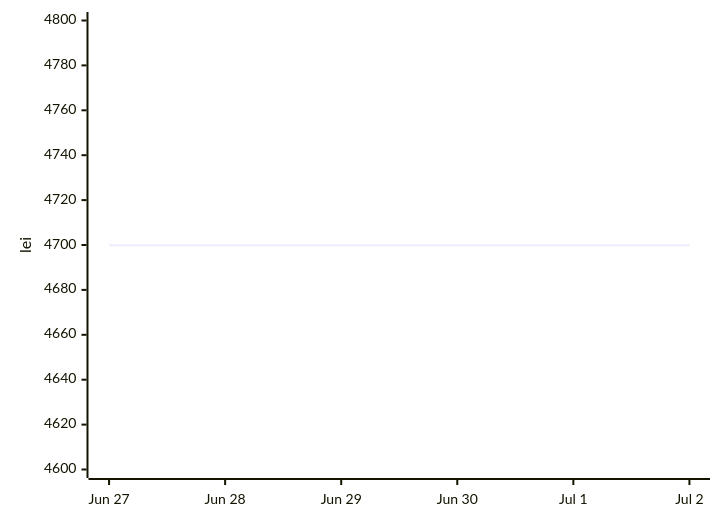
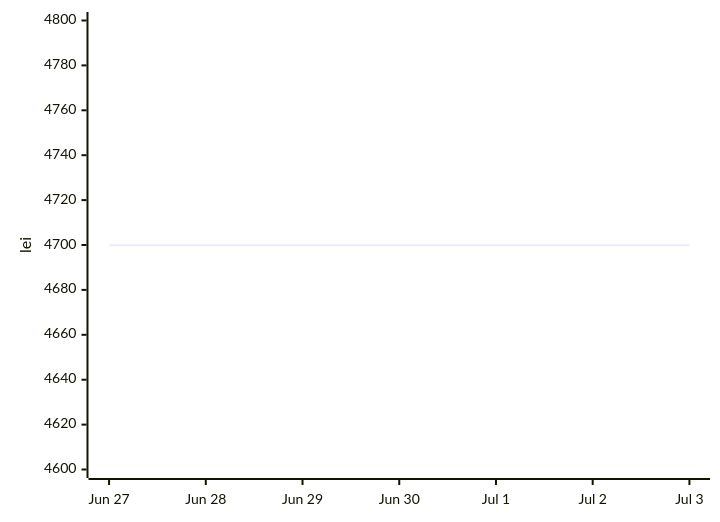
One commit to anagheioan/laptop-price-monitor changed the first of 2 diagrams in README.md. Above: the diagram before and after it, drawn with Mermaid. The commit also changed other lines of this file and 1 other file, not shown here.

Commit message:
Price check 2026-07-03

````diff
--- a/README.md
+++ b/README.md
@@ -21,6 +21,6 @@
 ```mermaid
 xychart-beta
-    x-axis ["Jun 27", "Jun 28", "Jun 29", "Jun 30", "Jul 1", "Jul 2"]
+    x-axis ["Jun 27", "Jun 28", "Jun 29", "Jun 30", "Jul 1", "Jul 2", "Jul 3"]
     y-axis "lei" 4600 --> 4800
-    line [4699.9, 4699.9, 4699.9, 4699.9, 4699.9, 4699.9]
+    line [4699.9, 4699.9, 4699.9, 4699.9, 4699.9, 4699.9, 4699.9]
 ```
````
